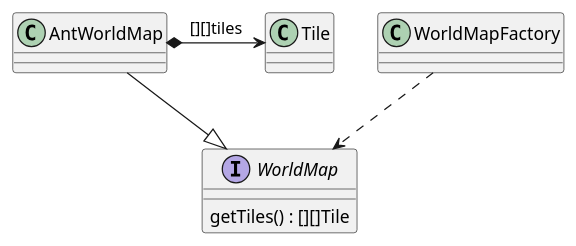
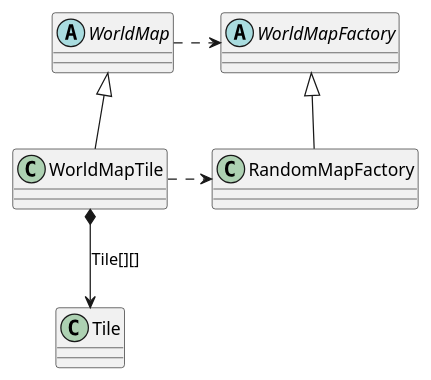
One commit to LEBOCQTitouan/ant-project-c- changed the diagram in uml/mapGeneration.puml. Above: the diagram before and after it, drawn with PlantUML.

```diff
--- a/uml/mapGeneration.puml
+++ b/uml/mapGeneration.puml
@@ -1,18 +1,16 @@
 @startuml
-'https://plantuml.com/class-diagram
 
-class WorldMapFactory {
-}
-interface WorldMap {
-    getTiles() : [][]Tile
-}
-class AntWorldMap {
-}
-class Tile {
+abstract WorldMapFactory {
 }
 
-WorldMapFactory -[dashed]-> WorldMap
-AntWorldMap *-> Tile : [][]tiles
-AntWorldMap --|> WorldMap
+abstract WorldMap {
+}
 
+WorldMapFactory <|-- RandomMapFactory
+WorldMap <|-- WorldMapTile
+WorldMap .> WorldMapFactory
+WorldMapTile .> RandomMapFactory
+
+
+WorldMapTile *--> Tile : Tile[][]
 @enduml
```
